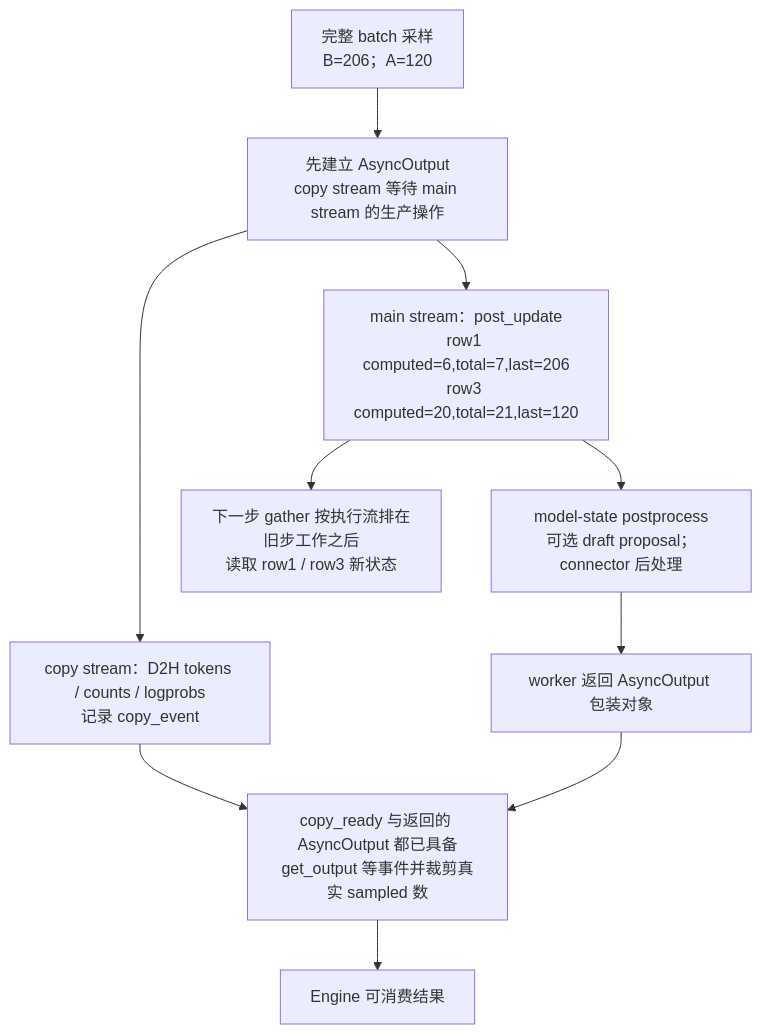
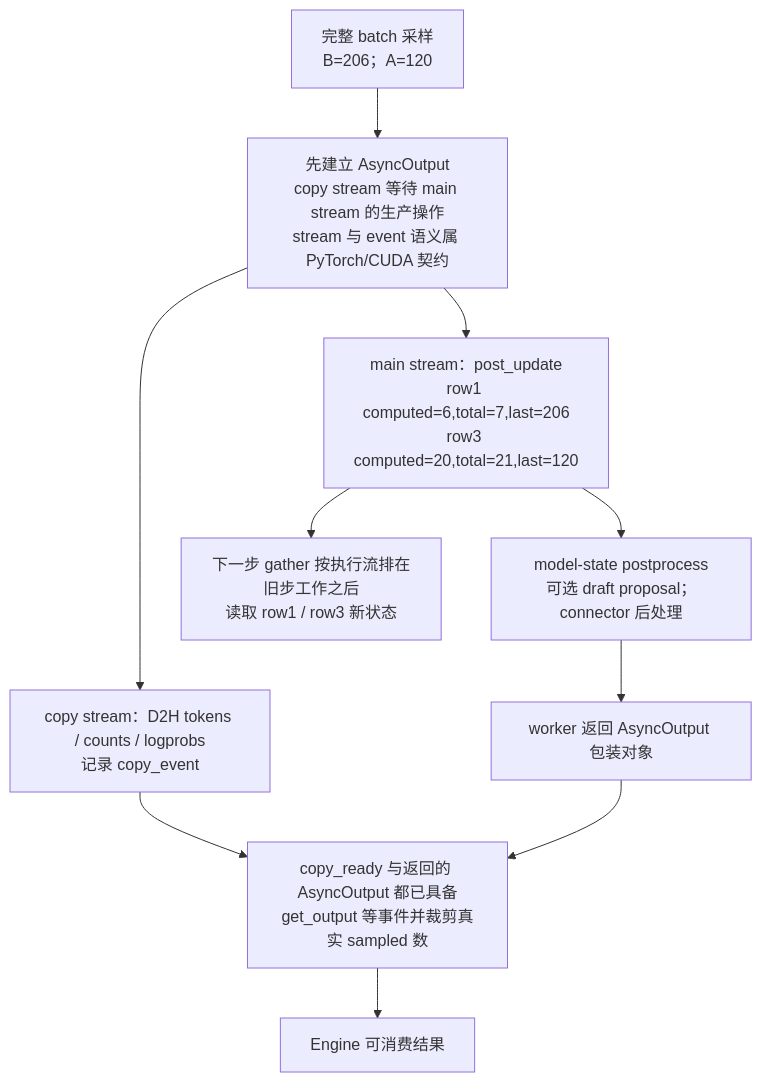
Before and after one commit to suhaibo666/llm-knowledge: the fourth of 5 diagrams in wiki/02_engineering/03_infer_frameworks/vllm/12_vllm_model_runner_v2_analysis.md, drawn with Mermaid. The commit also changed other lines of this file and 89 other files, not shown here.

````diff
--- a/wiki/02_engineering/03_infer_frameworks/vllm/12_vllm_model_runner_v2_analysis.md
+++ b/wiki/02_engineering/03_infer_frameworks/vllm/12_vllm_model_runner_v2_analysis.md
@@ -163,12 +237,12 @@
 ```mermaid
 flowchart TB
-    S["完整 batch 采样<br/>B=206；A=120"] --> O["先建立 AsyncOutput<br/>copy stream 等待 main stream 的生产操作"]
+    S["完整 batch 采样<br/>B=206；A=120"] --> O["先建立 AsyncOutput<br/>copy stream 等待 main stream 的生产操作<br/>stream 与 event 语义属 PyTorch/CUDA 契约"]
     O --> C["copy stream：D2H tokens / counts / logprobs<br/>记录 copy_event"]
     O --> P["main stream：post_update<br/>row1 computed=6,total=7,last=206<br/>row3 computed=20,total=21,last=120"]
     C --> G["copy_ready 与返回的 AsyncOutput 都已具备<br/>get_output 等事件并裁剪真实 sampled 数"]
     P --> T["model-state postprocess<br/>可选 draft proposal；connector 后处理"]
     T --> R["worker 返回 AsyncOutput 包装对象"]
     R --> G
     G --> E["Engine 可消费结果"]
     P --> N["下一步 gather 按执行流排在旧步工作之后<br/>读取 row1 / row3 新状态"]
 ```
````
